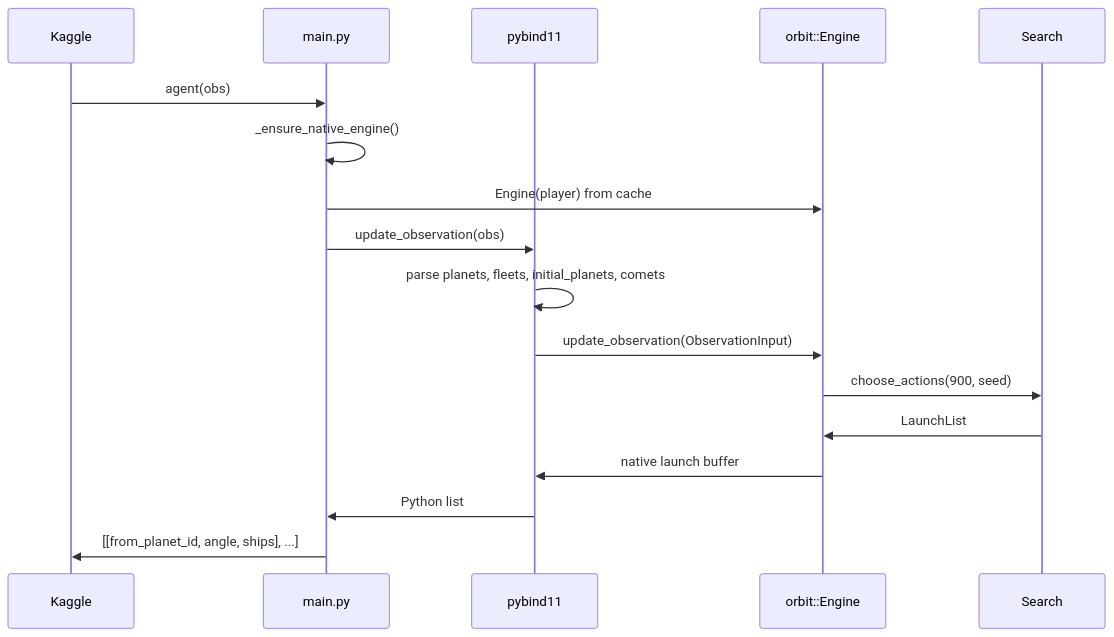
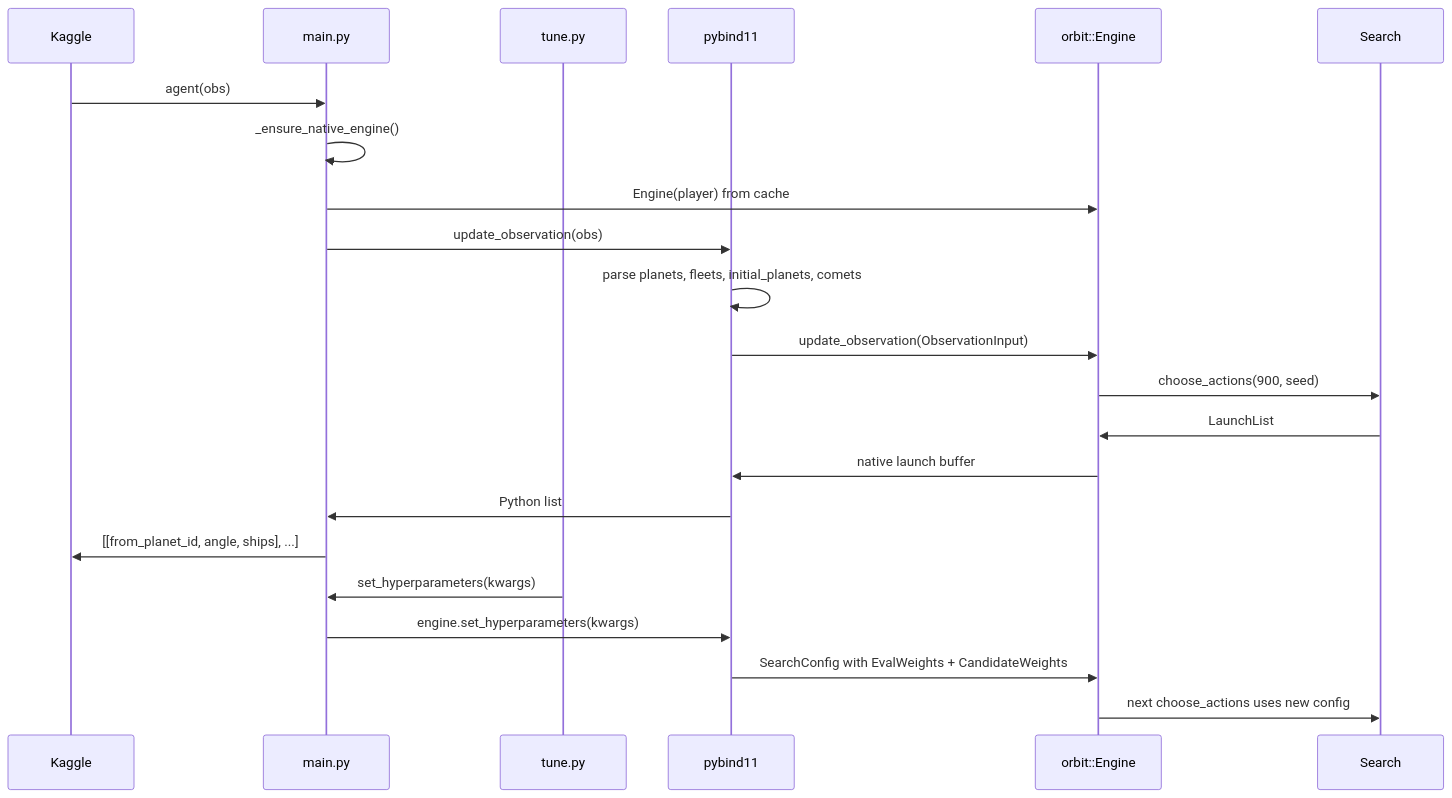
One commit to emanuellcs/orbit-wars-beam-search changed the third of 5 diagrams in README.md. Above: the diagram before and after it, drawn with Mermaid. The commit also changed other lines of this file and 18 other files, not shown here.

````diff
--- a/README.md
+++ b/README.md
@@ -195,20 +244,26 @@
 ```mermaid
 sequenceDiagram
     participant K as Kaggle
     participant P as main.py
+    participant T as tune.py
     participant B as pybind11
     participant E as orbit::Engine
     participant S as Search
 
     K->>P: agent(obs)
     P->>P: _ensure_native_engine()
     P->>E: Engine(player) from cache
     P->>B: update_observation(obs)
     B->>B: parse planets, fleets, initial_planets, comets
     B->>E: update_observation(ObservationInput)
     E->>S: choose_actions(900, seed)
     S->>E: LaunchList
     E->>B: native launch buffer
     B->>P: Python list
     P->>K: [[from_planet_id, angle, ships], ...]
+
+    T->>P: set_hyperparameters(kwargs)
+    P->>B: engine.set_hyperparameters(kwargs)
+    B->>E: SearchConfig with EvalWeights + CandidateWeights
+    E->>S: next choose_actions uses new config
 ```
````
